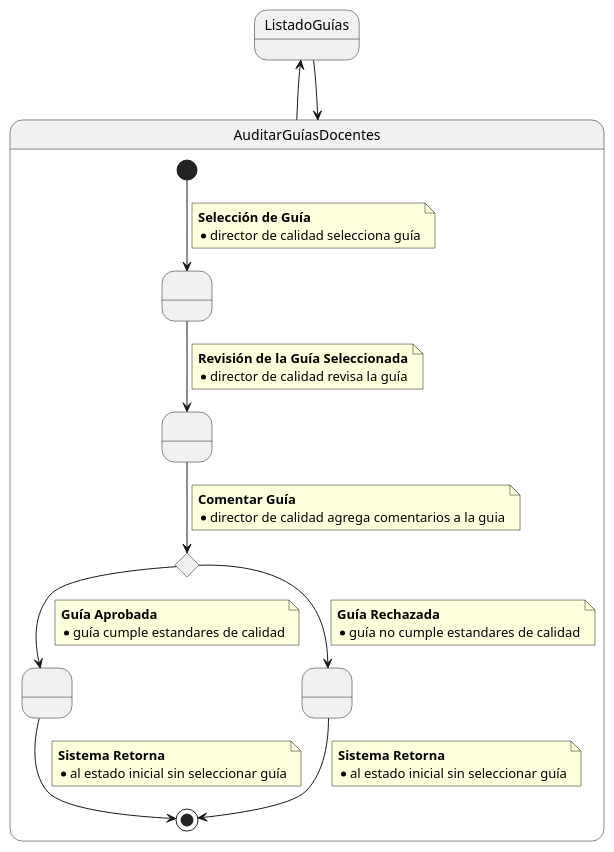
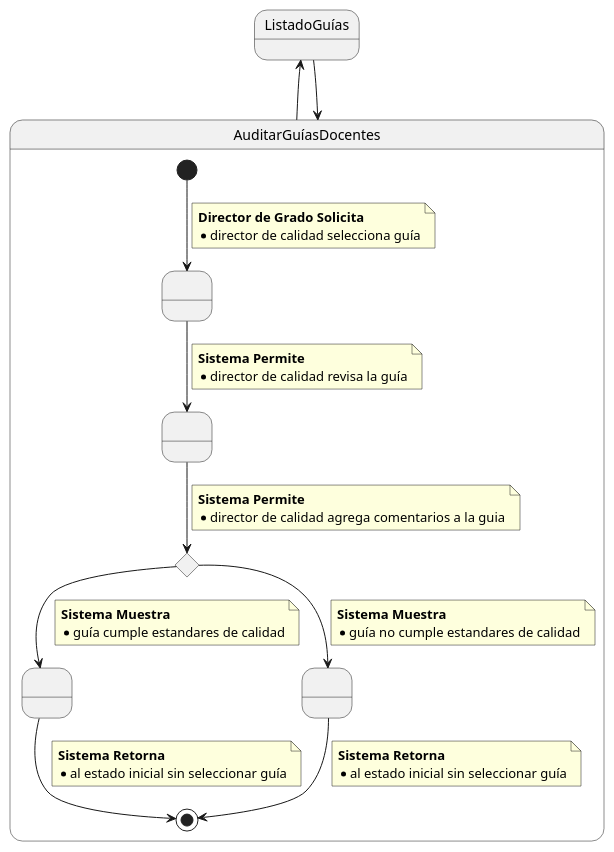
The diagram in CasosDeUso/Actividades/Detallados/AuditarGD.puml (mmasias/24-25-IdSw1-SDR), drawn with PlantUML before and after one commit.

```diff
--- a/CasosDeUso/Actividades/Detallados/AuditarGD.puml
+++ b/CasosDeUso/Actividades/Detallados/AuditarGD.puml
@@ -1,57 +1,57 @@
 @startuml
 ListadoGuías -up-> AuditarGuíasDocentes
 
 state AuditarGuíasDocentes {
     state SeleccionarGuia as " "
     state RevisarGuia as " "
     state RealizarComentarios <<choice>>
     state GuardarAuditoria as " "
     state GuiaConProblemas as " "
 
 
     [*] --> SeleccionarGuia
     note on link
-    <b>Selección de Guía</b>
+    <b>Director de Grado Solicita</b>
     * director de calidad selecciona guía
     end note
 
     SeleccionarGuia --> RevisarGuia
     note on link
-    <b>Revisión de la Guía Seleccionada</b>
+    <b>Sistema Permite</b>
     * director de calidad revisa la guía
     end note
 
     RevisarGuia --> RealizarComentarios
     note on link
-    <b>Comentar Guía</b>
+    <b>Sistema Permite</b>
     * director de calidad agrega comentarios a la guia
     end note
 
     RealizarComentarios -->  GuardarAuditoria
     note on link
-    <b>Guía Aprobada</b>
+    <b>Sistema Muestra</b>
     * guía cumple estandares de calidad
     end note
 
      GuardarAuditoria --> [*]
     note on link
     <b>Sistema Retorna</b>
     * al estado inicial sin seleccionar guía
     end note
 
     RealizarComentarios --> GuiaConProblemas
     note on link
-    <b>Guía Rechazada</b>
+    <b>Sistema Muestra</b>
     * guía no cumple estandares de calidad
     end note
     
     GuiaConProblemas --> [*]
     note on link
     <b>Sistema Retorna</b>
     * al estado inicial sin seleccionar guía
     end note
     
 }
 
 AuditarGuíasDocentes -up-> ListadoGuías
 @enduml
```
